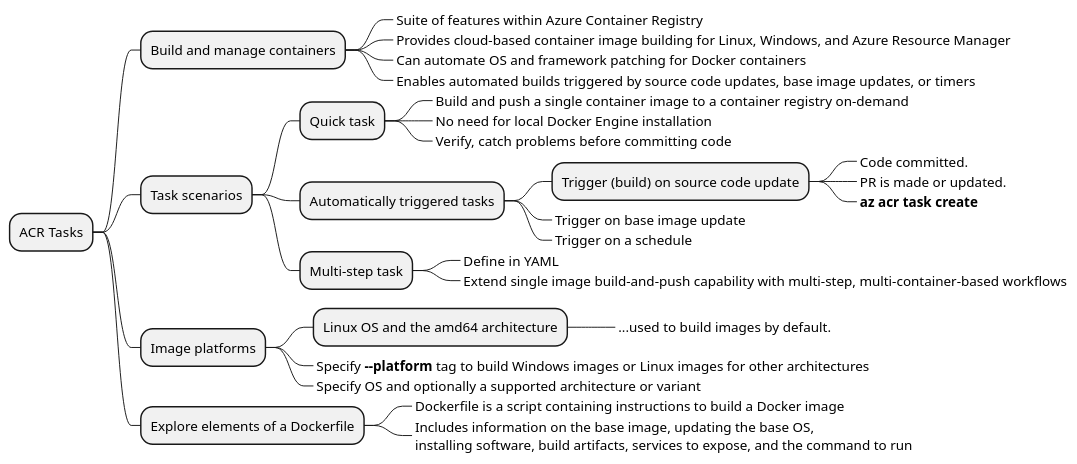
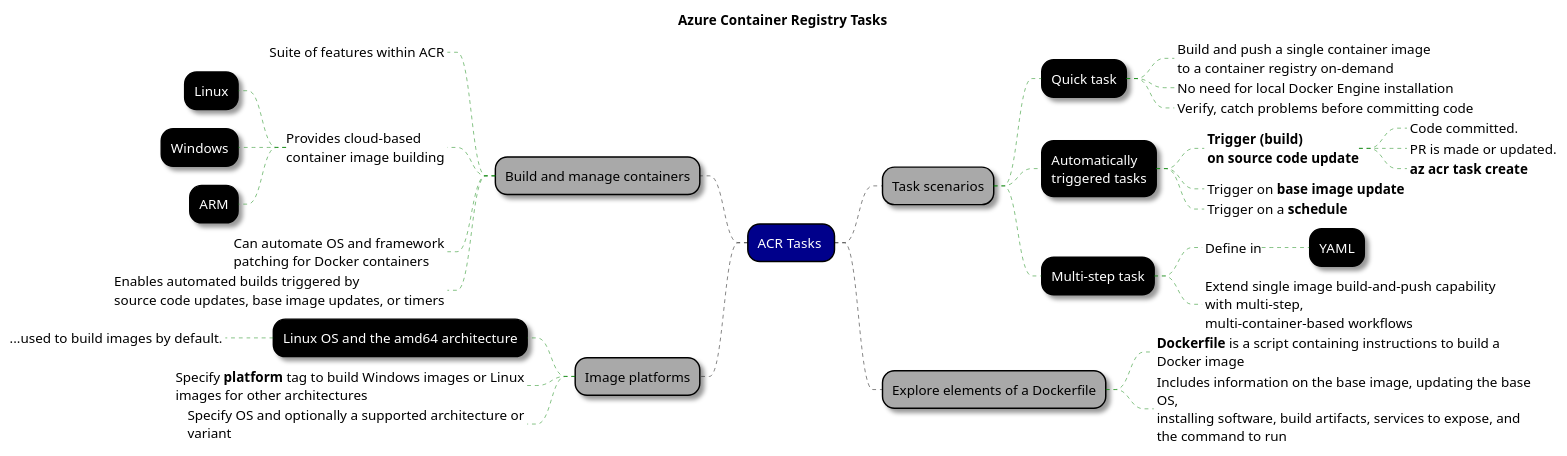
The diagram in 03 - containerized-solutions/diagrams/container-registry-tasks.plantuml (bobbyache/AZ-204), drawn with PlantUML before and after one commit. The commit also changed 6 other files, not shown here.

```diff
--- a/03 - containerized-solutions/diagrams/container-registry-tasks.plantuml
+++ b/03 - containerized-solutions/diagrams/container-registry-tasks.plantuml
@@ -1,33 +1,85 @@
-@startmindmap
-* ACR Tasks
-** Build and manage containers
-***_ Suite of features within Azure Container Registry
-***_ Provides cloud-based container image building for Linux, Windows, and Azure Resource Manager
-***_ Can automate OS and framework patching for Docker containers
-***_ Enables automated builds triggered by source code updates, base image updates, or timers
-** Task scenarios
-*** Quick task
-****_ Build and push a single container image to a container registry on-demand
-****_ No need for local Docker Engine installation
-****_ Verify, catch problems before committing code
-*** Automatically triggered tasks
-**** Trigger (build) on source code update
-*****_ Code committed.
-*****_ PR is made or updated.
-*****_ **az acr task create**
-****_ Trigger on base image update
-****_ Trigger on a schedule
+@startmindmap "Azure Container Registry Tasks"
+
+title Azure Container Registry Tasks
+
+<style>
+    mindMapDiagram {
+        .root {
+            BackgroundColor darkblue
+            LineColor black
+            FontColor white
+        }
+
+        node {
+            FontColor white
+            LineColor black
+            BackgroundColor black
+            Shadowing 2.0
+            RoundCorner 25
+        }
+        :depth(0) {
+            FontColor black
+            LineColor white
+            BackgroundColor white
+            Shadowing 0.0
+        }
+        :depth(1) {
+            FontColor black
+            BackgroundColor darkgrey
+            Shadowing 2.0
+        }
+
+        arrow {
+            LineStyle 4
+            LineThickness 0.5
+            LineColor green
+        }
+
+        boxless {
+            FontColor black
+            Margin 10
+            Padding 10
+            MaximumWidth 400
+        }
+    }
+</style>
+
+- ACR Tasks <<root>>
+-- Build and manage containers
+---_ Suite of features within ACR
+---_ Provides cloud-based\ncontainer image building
+---- Linux
+---- Windows
+---- ARM
+---_ Can automate OS and framework\npatching for Docker containers
+---_ Enables automated builds triggered by\nsource code updates, base image updates, or timers
+
+++ Task scenarios
++++ Quick task
+++++_ Build and push a single container image\nto a container registry on-demand
+++++_ No need for local Docker Engine installation
+++++_ Verify, catch problems before committing code
++++ Automatically\ntriggered tasks
+++++_ **Trigger (build)**\n**on source code update**
++++++_ Code committed.
++++++_ PR is made or updated.
++++++_ **az acr task create**
+++++_ Trigger on **base image update**
+++++_ Trigger on a **schedule**
  
-*** Multi-step task
-****_ Define in YAML
-****_ Extend single image build-and-push capability with multi-step, multi-container-based workflows
++++ Multi-step task
+++++_ Define in
++++++ YAML
+++++_ Extend single image build-and-push capability\nwith multi-step,\nmulti-container-based workflows
 
-** Image platforms
-*** Linux OS and the amd64 architecture
-****_ ...used to build images by default.
-***_ Specify **--platform** tag to build Windows images or Linux images for other architectures
-***_ Specify OS and optionally a supported architecture or variant
-** Explore elements of a Dockerfile
-***_ Dockerfile is a script containing instructions to build a Docker image
-***_ Includes information on the base image, updating the base OS,\ninstalling software, build artifacts, services to expose, and the command to run
+-- Image platforms
+--- Linux OS and the amd64 architecture
+----_ ...used to build images by default.
+---_ Specify **platform** tag to build Windows images or Linux images for other architectures
+---_ Specify OS and optionally a supported architecture or variant
+
+++ Explore elements of a Dockerfile
++++_ **Dockerfile** is a script containing instructions to build a Docker image
++++_ Includes information on the base image, updating the base OS,\ninstalling software, build artifacts, services to expose, and the command to run
+
 @endmindmap
```
